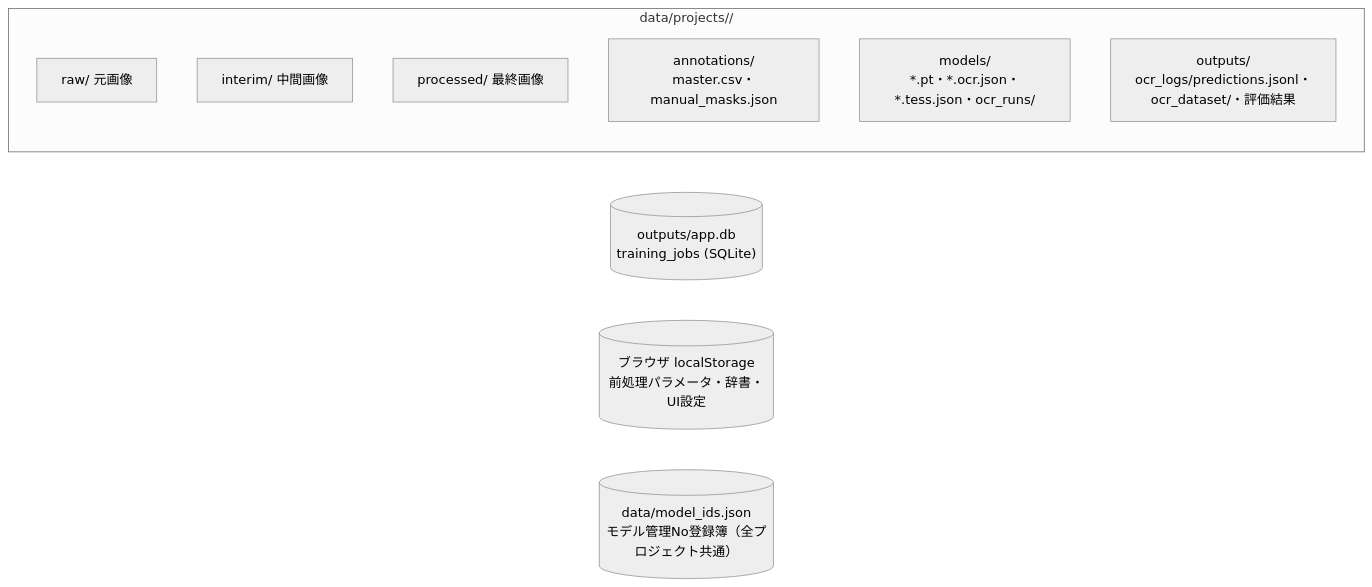
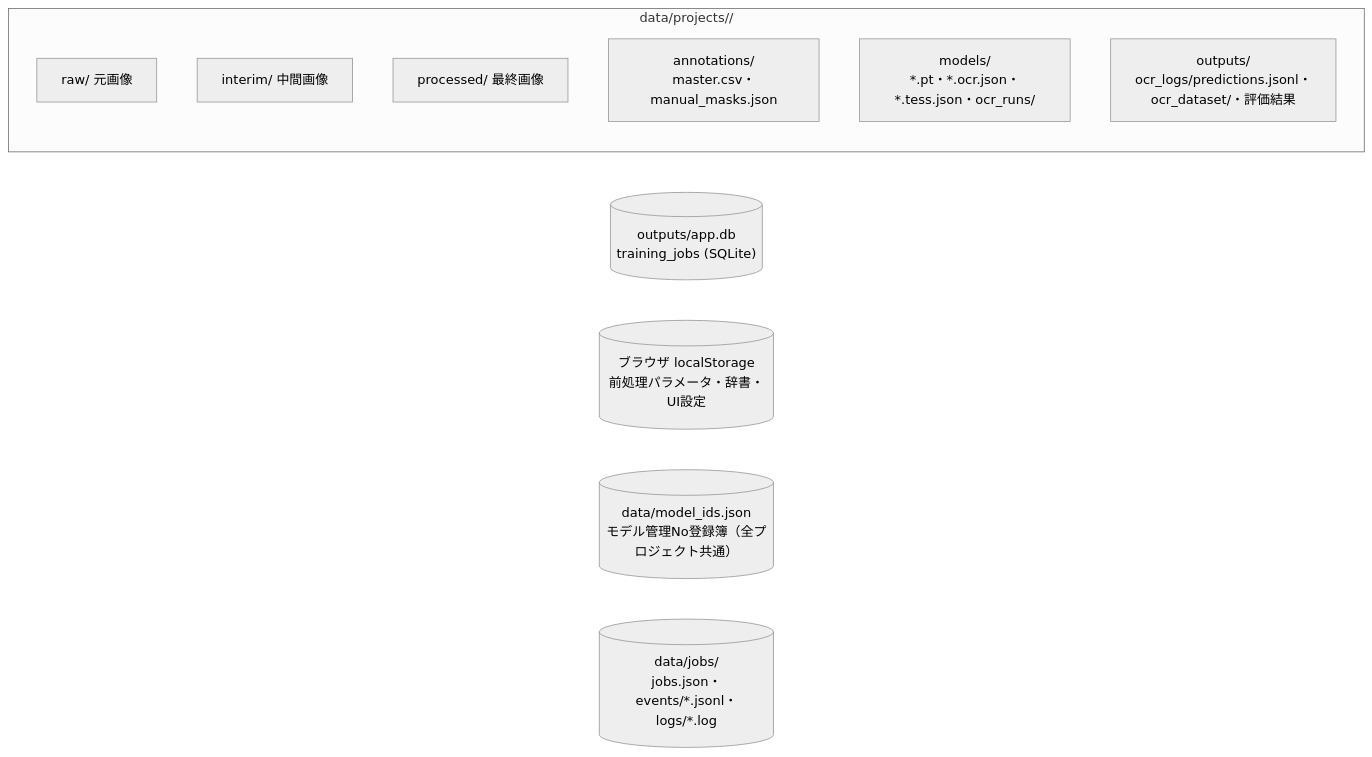
Before and after one commit to bs-shashimoto2048/OCR_Crafter: the second of 2 diagrams in docs/17_DATAFLOW.md, drawn with Mermaid (neutral theme). The commit also changed other lines of this file and 15 other files, not shown here.

````diff
--- a/docs/17_DATAFLOW.md
+++ b/docs/17_DATAFLOW.md
@@ -80,14 +80,15 @@
 ```mermaid
 flowchart LR
     subgraph FS["data/projects/<project_id>/"]
         RAW["raw/ 元画像"]
         INT["interim/ 中間画像"]
         PRC["processed/ 最終画像"]
         ANN["annotations/<br/>master.csv・manual_masks.json"]
         MDL["models/<br/>*.pt・*.ocr.json・*.tess.json・ocr_runs/"]
         OUT["outputs/<br/>ocr_logs/predictions.jsonl・ocr_dataset/・評価結果"]
     end
     DB[("outputs/app.db<br/>training_jobs (SQLite)")]
     LS[("ブラウザ localStorage<br/>前処理パラメータ・辞書・UI設定")]
     MID[("data/model_ids.json<br/>モデル管理No登録簿（全プロジェクト共通）")]
+    JOBS[("data/jobs/<br/>jobs.json・events/*.jsonl・logs/*.log")]
 ```
````
